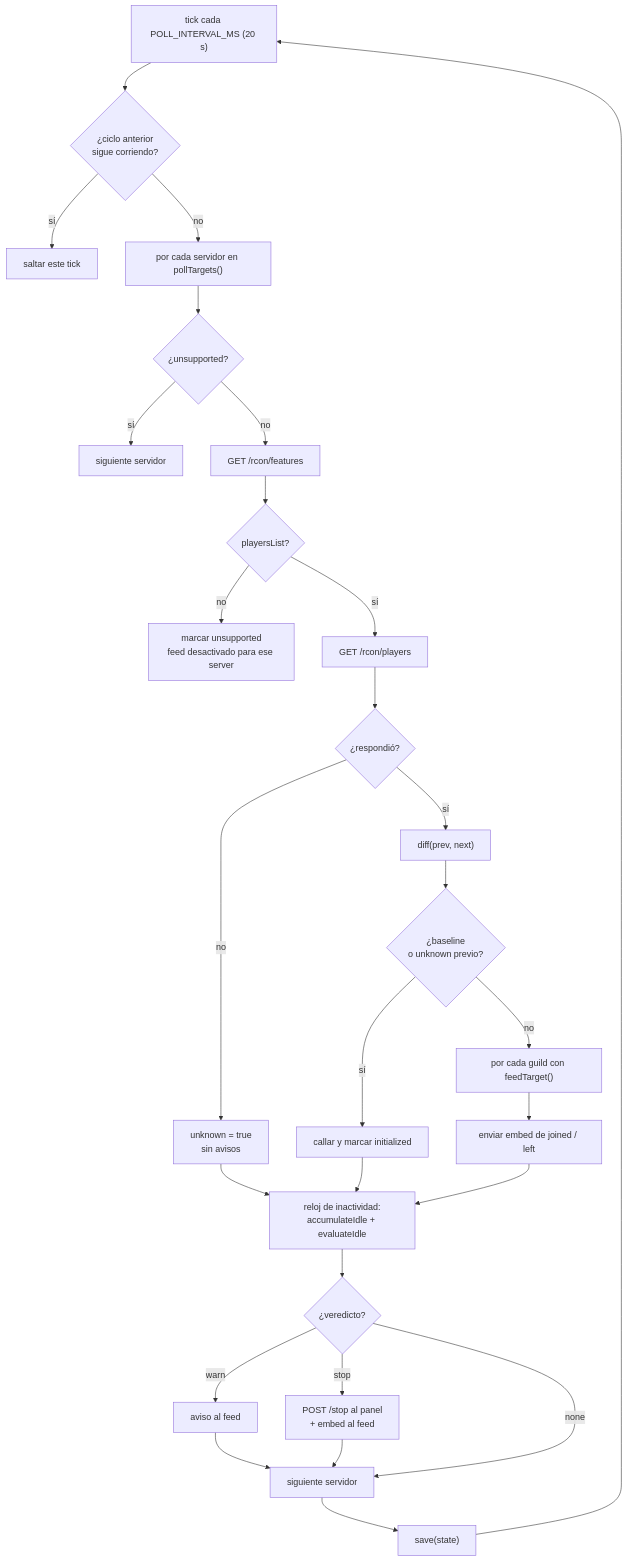
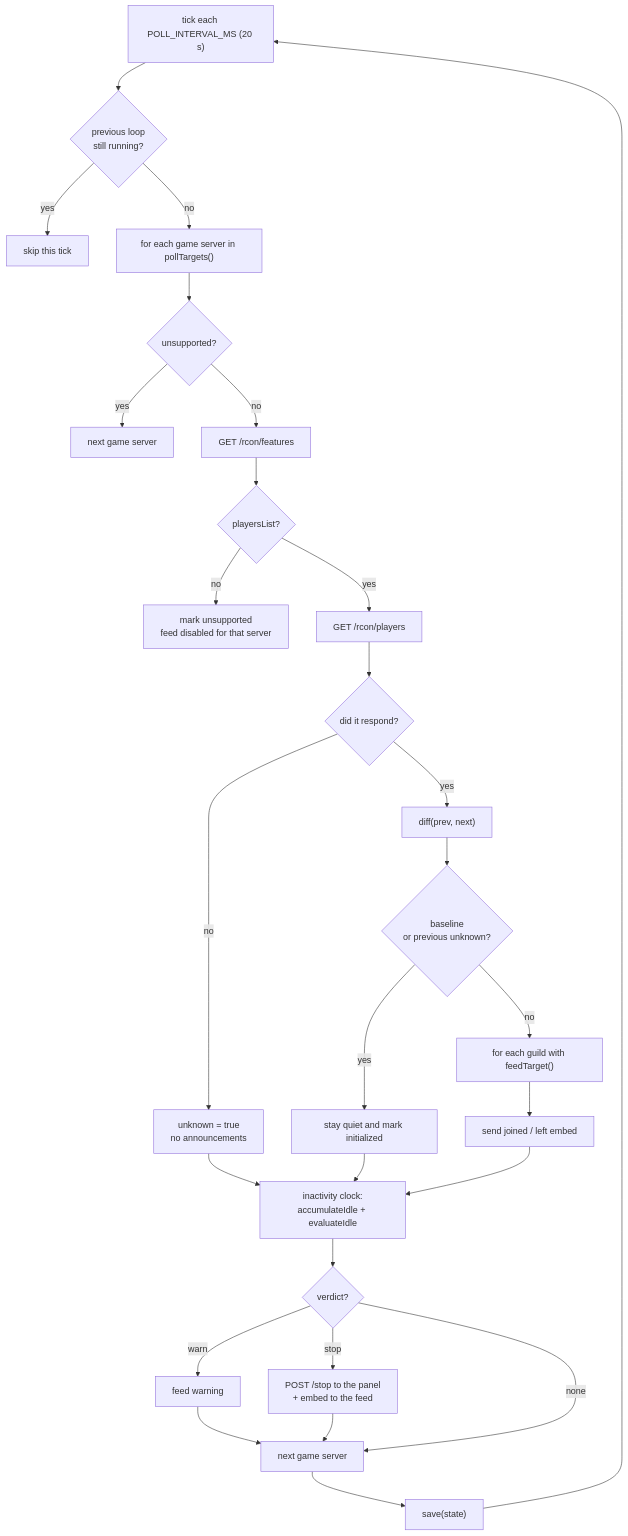
Before and after one commit to neyzerth/gameap-discord: the third of 3 diagrams in docs/architecture.md, drawn with Mermaid. The commit also changed other lines of this file and 37 other files, not shown here.

````diff
--- a/docs/architecture.md
+++ b/docs/architecture.md
@@ -100,28 +102,28 @@
 ```mermaid
 flowchart TD
-  T["tick cada POLL_INTERVAL_MS (20 s)"] --> BUSY{"¿ciclo anterior<br/>sigue corriendo?"}
-  BUSY -- sí --> SKIP["saltar este tick"]
-  BUSY -- no --> LOOP["por cada servidor en pollTargets()"]
-  LOOP --> SUP{"¿unsupported?"}
-  SUP -- sí --> NEXT["siguiente servidor"]
+  T["tick each POLL_INTERVAL_MS (20 s)"] --> BUSY{"previous loop<br/>still running?"}
+  BUSY -- yes --> SKIP["skip this tick"]
+  BUSY -- no --> LOOP["for each game server in pollTargets()"]
+  LOOP --> SUP{"unsupported?"}
+  SUP -- yes --> NEXT["next game server"]
   SUP -- no --> FEAT["GET /rcon/features"]
   FEAT --> HAS{"playersList?"}
-  HAS -- no --> MARK["marcar unsupported<br/>feed desactivado para ese server"]
-  HAS -- sí --> PL["GET /rcon/players"]
-  PL --> OK{"¿respondió?"}
-  OK -- no --> UNK["unknown = true<br/>sin avisos"]
-  OK -- sí --> DIFF["diff(prev, next)"]
-  DIFF --> SIL{"¿baseline<br/>o unknown previo?"}
-  SIL -- sí --> QUIET["callar y marcar initialized"]
-  SIL -- no --> FAN["por cada guild con feedTarget()"]
-  FAN --> POST["enviar embed de joined / left"]
+  HAS -- no --> MARK["mark unsupported<br/>feed disabled for that server"]
+  HAS -- yes --> PL["GET /rcon/players"]
+  PL --> OK{"did it respond?"}
+  OK -- no --> UNK["unknown = true<br/>no announcements"]
+  OK -- yes --> DIFF["diff(prev, next)"]
+  DIFF --> SIL{"baseline<br/>or previous unknown?"}
+  SIL -- yes --> QUIET["stay quiet and mark initialized"]
+  SIL -- no --> FAN["for each guild with feedTarget()"]
+  FAN --> POST["send joined / left embed"]
   UNK --> IDLE
   QUIET --> IDLE
   POST --> IDLE
-  IDLE["reloj de inactividad:<br/>accumulateIdle + evaluateIdle"] --> ACT{"¿veredicto?"}
-  ACT -- warn --> WARN["aviso al feed"] --> IDLEEND["siguiente servidor"]
-  ACT -- stop --> STOP["POST /stop al panel<br/>+ embed al feed"] --> IDLEEND
+  IDLE["inactivity clock:<br/>accumulateIdle + evaluateIdle"] --> ACT{"verdict?"}
+  ACT -- warn --> WARN["feed warning"] --> IDLEEND["next game server"]
+  ACT -- stop --> STOP["POST /stop to the panel<br/>+ embed to the feed"] --> IDLEEND
   ACT -- none --> IDLEEND
   IDLEEND --> SAVE["save(state)"]
   SAVE --> T
 ```
````
